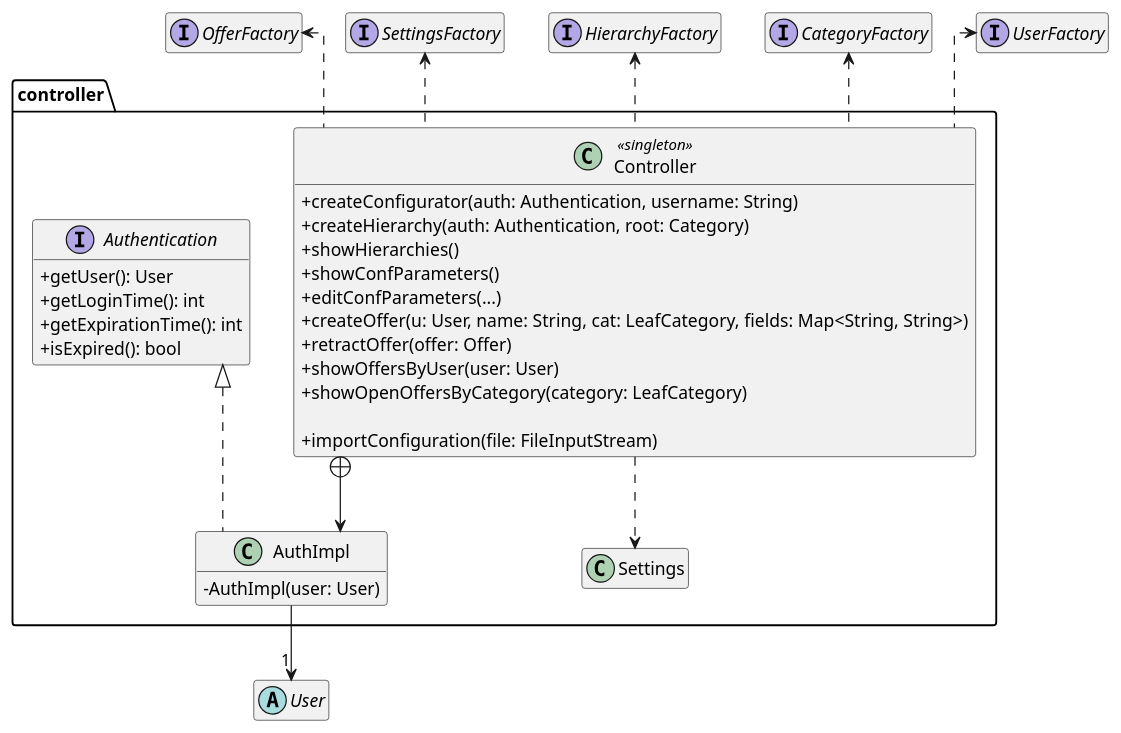
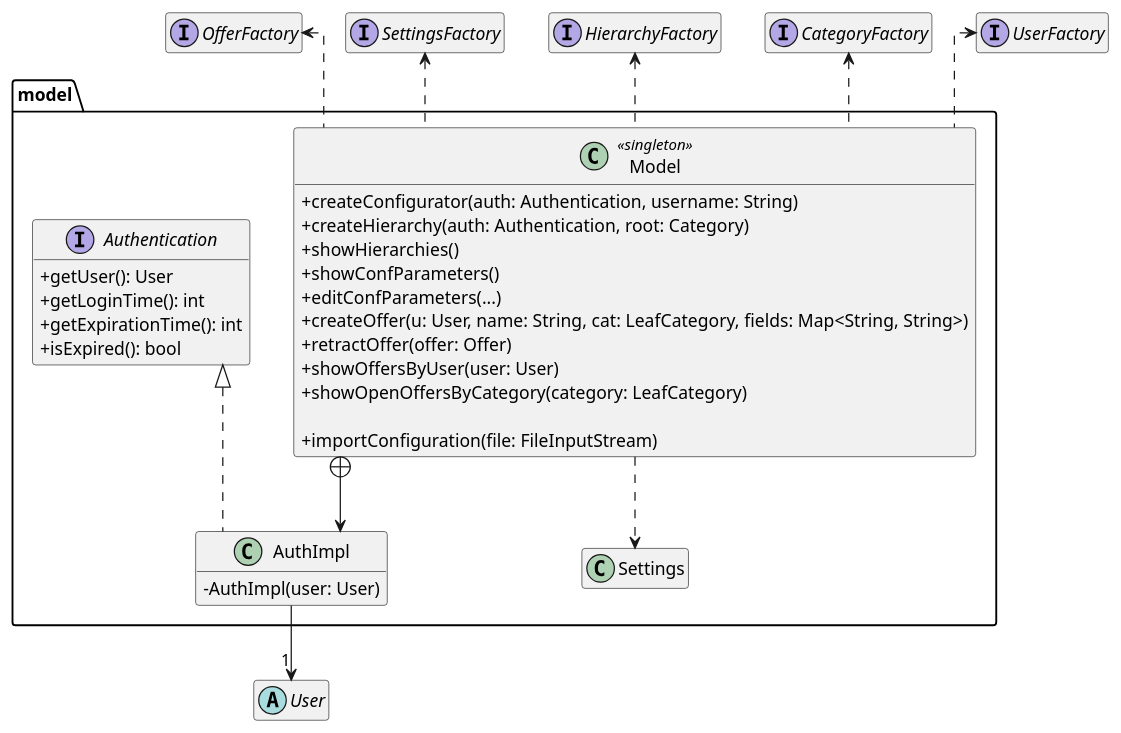
The diagram in DOC/VER5/diagrams/class/class_diagram_controller.puml (Matlice/ing_sw_2022), drawn with PlantUML before and after one commit. The commit also changed 27 other files, not shown here.

Commit message:
cleanup, aggiunta specificazione v3, controller -> model :)

```diff
--- a/DOC/VER5/diagrams/class/class_diagram_controller.puml
+++ b/DOC/VER5/diagrams/class/class_diagram_controller.puml
@@ -1,57 +1,57 @@
 @startuml
 
 skinparam ClassAttributeIconSize 0
 'skinparam groupInheritance 2
 skinparam linetype ortho
 hide empty members
 
-package controller #FFFFFF {
+package model #FFFFFF {
 
-    class Controller <<singleton>> {
+    class Model <<singleton>> {
         + createConfigurator(auth: Authentication, username: String)
         + createHierarchy(auth: Authentication, root: Category)
         + showHierarchies()
         + showConfParameters()
         + editConfParameters(...)
         + createOffer(u: User, name: String, cat: LeafCategory, fields: Map<String, String>)
         + retractOffer(offer: Offer)
         + showOffersByUser(user: User)
         + showOpenOffersByCategory(category: LeafCategory)
 
         + importConfiguration(file: FileInputStream)
     }
 
     class AuthImpl implements Authentication {
         - AuthImpl(user: User)
     }
 
     interface Authentication {
         + getUser(): User
         + getLoginTime(): int
         + getExpirationTime(): int
         + isExpired(): bool
     }
 
     class Settings {}
 }
 
 abstract class User
 
 interface UserFactory
 interface CategoryFactory
 interface HierarchyFactory
 interface SettingsFactory
 interface OfferFactory
 
 AuthImpl --> "1" User
-Controller +-down-> AuthImpl
+Model +-down-> AuthImpl
 
-Controller ..> Settings
+Model ..> Settings
 
-Controller .up.> UserFactory
-Controller .up.> CategoryFactory
-Controller .up.> HierarchyFactory
-Controller .up.> SettingsFactory
-Controller .up.> OfferFactory
+Model .up.> UserFactory
+Model .up.> CategoryFactory
+Model .up.> HierarchyFactory
+Model .up.> SettingsFactory
+Model .up.> OfferFactory
 
 @enduml
```
